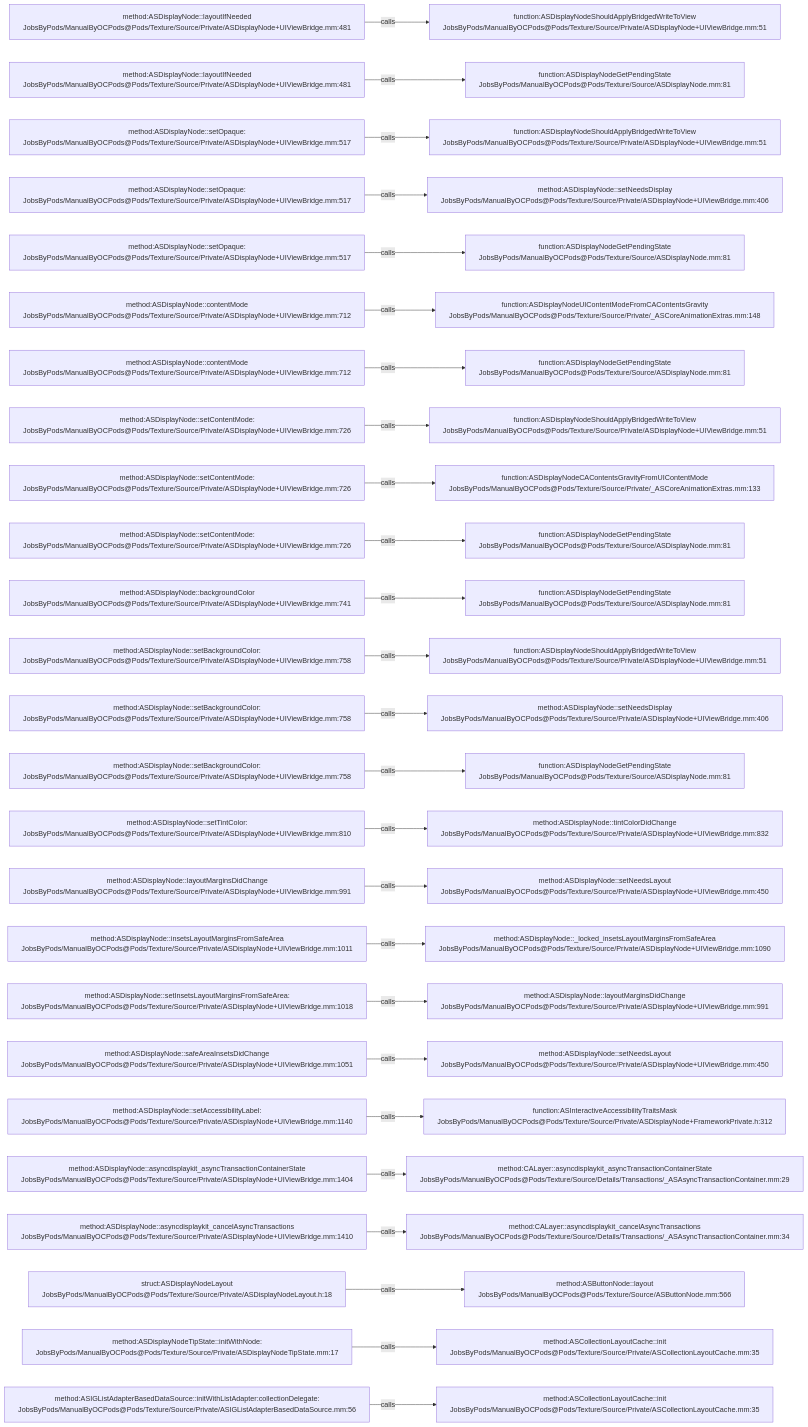
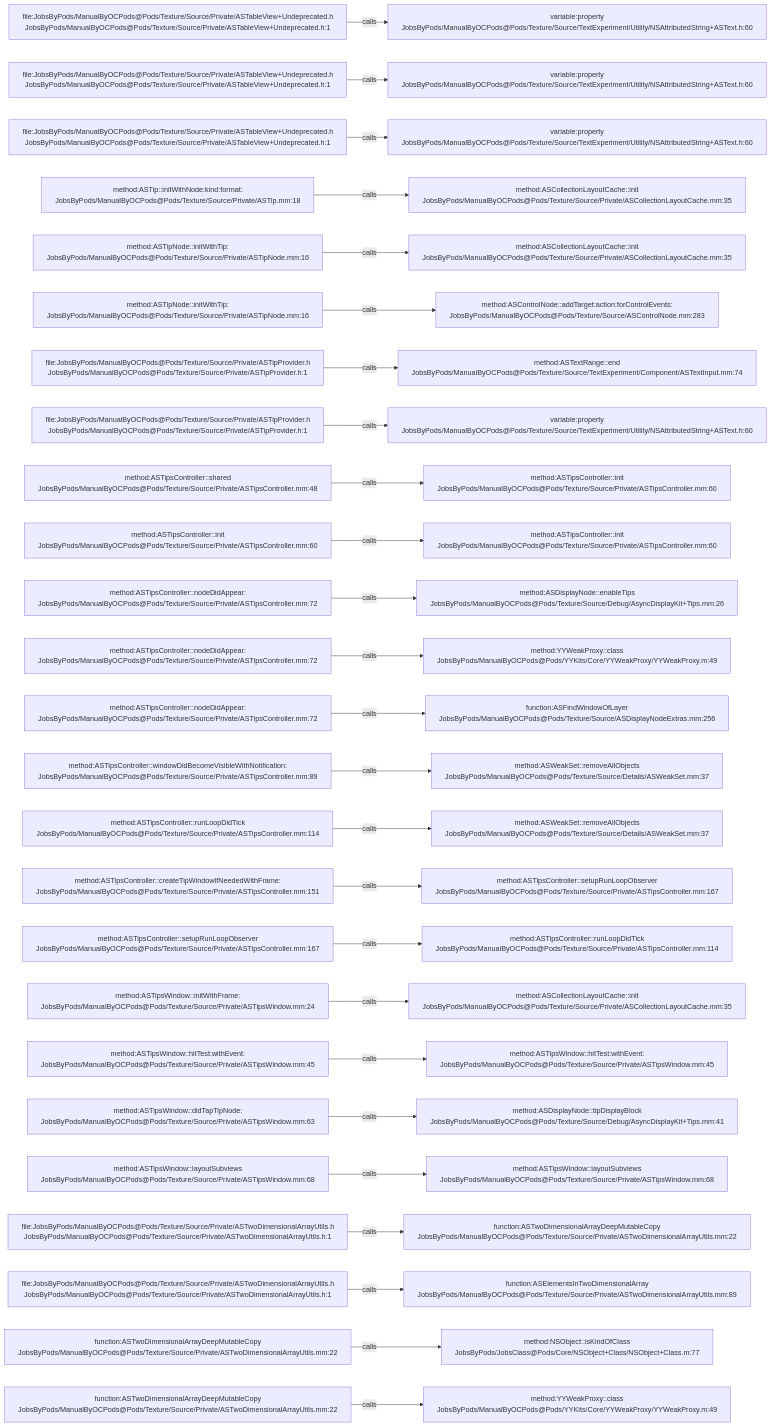
Before and after one commit to JobsKits/JobsOCBaseConfigDemo: the diagram in .codegraph/codegraph.md/graphs/calls-190.md, drawn with Mermaid. The commit also changed 1353 other files, not shown here.

````diff
--- a/.codegraph/codegraph.md/graphs/calls-190.md
+++ b/.codegraph/codegraph.md/graphs/calls-190.md
@@ -13,78 +13,78 @@
 ```mermaid
 flowchart LR
-  S1["method:ASDisplayNode::layoutIfNeeded<br/>JobsByPods/ManualByOCPods@Pods/Texture/Source/Private/ASDisplayNode+UIViewBridge.mm:481"]
-  T1["function:ASDisplayNodeShouldApplyBridgedWriteToView<br/>JobsByPods/ManualByOCPods@Pods/Texture/Source/Private/ASDisplayNode+UIViewBridge.mm:51"]
+  S1["file:JobsByPods/ManualByOCPods@Pods/Texture/Source/Private/ASTableView+Undeprecated.h<br/>JobsByPods/ManualByOCPods@Pods/Texture/Source/Private/ASTableView+Undeprecated.h:1"]
+  T1["variable:property<br/>JobsByPods/ManualByOCPods@Pods/Texture/Source/TextExperiment/Utility/NSAttributedString+ASText.h:60"]
   S1 -->|calls| T1
-  S2["method:ASDisplayNode::layoutIfNeeded<br/>JobsByPods/ManualByOCPods@Pods/Texture/Source/Private/ASDisplayNode+UIViewBridge.mm:481"]
-  T2["function:ASDisplayNodeGetPendingState<br/>JobsByPods/ManualByOCPods@Pods/Texture/Source/ASDisplayNode.mm:81"]
+  S2["file:JobsByPods/ManualByOCPods@Pods/Texture/Source/Private/ASTableView+Undeprecated.h<br/>JobsByPods/ManualByOCPods@Pods/Texture/Source/Private/ASTableView+Undeprecated.h:1"]
+  T2["variable:property<br/>JobsByPods/ManualByOCPods@Pods/Texture/Source/TextExperiment/Utility/NSAttributedString+ASText.h:60"]
   S2 -->|calls| T2
-  S3["method:ASDisplayNode::setOpaque:<br/>JobsByPods/ManualByOCPods@Pods/Texture/Source/Private/ASDisplayNode+UIViewBridge.mm:517"]
-  T3["function:ASDisplayNodeShouldApplyBridgedWriteToView<br/>JobsByPods/ManualByOCPods@Pods/Texture/Source/Private/ASDisplayNode+UIViewBridge.mm:51"]
+  S3["file:JobsByPods/ManualByOCPods@Pods/Texture/Source/Private/ASTableView+Undeprecated.h<br/>JobsByPods/ManualByOCPods@Pods/Texture/Source/Private/ASTableView+Undeprecated.h:1"]
+  T3["variable:property<br/>JobsByPods/ManualByOCPods@Pods/Texture/Source/TextExperiment/Utility/NSAttributedString+ASText.h:60"]
   S3 -->|calls| T3
-  S4["method:ASDisplayNode::setOpaque:<br/>JobsByPods/ManualByOCPods@Pods/Texture/Source/Private/ASDisplayNode+UIViewBridge.mm:517"]
-  T4["method:ASDisplayNode::setNeedsDisplay<br/>JobsByPods/ManualByOCPods@Pods/Texture/Source/Private/ASDisplayNode+UIViewBridge.mm:406"]
+  S4["method:ASTip::initWithNode:kind:format:<br/>JobsByPods/ManualByOCPods@Pods/Texture/Source/Private/ASTip.mm:18"]
+  T4["method:ASCollectionLayoutCache::init<br/>JobsByPods/ManualByOCPods@Pods/Texture/Source/Private/ASCollectionLayoutCache.mm:35"]
   S4 -->|calls| T4
-  S5["method:ASDisplayNode::setOpaque:<br/>JobsByPods/ManualByOCPods@Pods/Texture/Source/Private/ASDisplayNode+UIViewBridge.mm:517"]
-  T5["function:ASDisplayNodeGetPendingState<br/>JobsByPods/ManualByOCPods@Pods/Texture/Source/ASDisplayNode.mm:81"]
+  S5["method:ASTipNode::initWithTip:<br/>JobsByPods/ManualByOCPods@Pods/Texture/Source/Private/ASTipNode.mm:16"]
+  T5["method:ASCollectionLayoutCache::init<br/>JobsByPods/ManualByOCPods@Pods/Texture/Source/Private/ASCollectionLayoutCache.mm:35"]
   S5 -->|calls| T5
-  S6["method:ASDisplayNode::contentMode<br/>JobsByPods/ManualByOCPods@Pods/Texture/Source/Private/ASDisplayNode+UIViewBridge.mm:712"]
-  T6["function:ASDisplayNodeUIContentModeFromCAContentsGravity<br/>JobsByPods/ManualByOCPods@Pods/Texture/Source/Private/_ASCoreAnimationExtras.mm:148"]
+  S6["method:ASTipNode::initWithTip:<br/>JobsByPods/ManualByOCPods@Pods/Texture/Source/Private/ASTipNode.mm:16"]
+  T6["method:ASControlNode::addTarget:action:forControlEvents:<br/>JobsByPods/ManualByOCPods@Pods/Texture/Source/ASControlNode.mm:283"]
   S6 -->|calls| T6
-  S7["method:ASDisplayNode::contentMode<br/>JobsByPods/ManualByOCPods@Pods/Texture/Source/Private/ASDisplayNode+UIViewBridge.mm:712"]
-  T7["function:ASDisplayNodeGetPendingState<br/>JobsByPods/ManualByOCPods@Pods/Texture/Source/ASDisplayNode.mm:81"]
+  S7["file:JobsByPods/ManualByOCPods@Pods/Texture/Source/Private/ASTipProvider.h<br/>JobsByPods/ManualByOCPods@Pods/Texture/Source/Private/ASTipProvider.h:1"]
+  T7["method:ASTextRange::end<br/>JobsByPods/ManualByOCPods@Pods/Texture/Source/TextExperiment/Component/ASTextInput.mm:74"]
   S7 -->|calls| T7
-  S8["method:ASDisplayNode::setContentMode:<br/>JobsByPods/ManualByOCPods@Pods/Texture/Source/Private/ASDisplayNode+UIViewBridge.mm:726"]
-  T8["function:ASDisplayNodeShouldApplyBridgedWriteToView<br/>JobsByPods/ManualByOCPods@Pods/Texture/Source/Private/ASDisplayNode+UIViewBridge.mm:51"]
+  S8["file:JobsByPods/ManualByOCPods@Pods/Texture/Source/Private/ASTipProvider.h<br/>JobsByPods/ManualByOCPods@Pods/Texture/Source/Private/ASTipProvider.h:1"]
+  T8["variable:property<br/>JobsByPods/ManualByOCPods@Pods/Texture/Source/TextExperiment/Utility/NSAttributedString+ASText.h:60"]
   S8 -->|calls| T8
-  S9["method:ASDisplayNode::setContentMode:<br/>JobsByPods/ManualByOCPods@Pods/Texture/Source/Private/ASDisplayNode+UIViewBridge.mm:726"]
-  T9["function:ASDisplayNodeCAContentsGravityFromUIContentMode<br/>JobsByPods/ManualByOCPods@Pods/Texture/Source/Private/_ASCoreAnimationExtras.mm:133"]
+  S9["method:ASTipsController::shared<br/>JobsByPods/ManualByOCPods@Pods/Texture/Source/Private/ASTipsController.mm:48"]
+  T9["method:ASTipsController::init<br/>JobsByPods/ManualByOCPods@Pods/Texture/Source/Private/ASTipsController.mm:60"]
   S9 -->|calls| T9
-  S10["method:ASDisplayNode::setContentMode:<br/>JobsByPods/ManualByOCPods@Pods/Texture/Source/Private/ASDisplayNode+UIViewBridge.mm:726"]
-  T10["function:ASDisplayNodeGetPendingState<br/>JobsByPods/ManualByOCPods@Pods/Texture/Source/ASDisplayNode.mm:81"]
+  S10["method:ASTipsController::init<br/>JobsByPods/ManualByOCPods@Pods/Texture/Source/Private/ASTipsController.mm:60"]
+  T10["method:ASTipsController::init<br/>JobsByPods/ManualByOCPods@Pods/Texture/Source/Private/ASTipsController.mm:60"]
   S10 -->|calls| T10
-  S11["method:ASDisplayNode::backgroundColor<br/>JobsByPods/ManualByOCPods@Pods/Texture/Source/Private/ASDisplayNode+UIViewBridge.mm:741"]
-  T11["function:ASDisplayNodeGetPendingState<br/>JobsByPods/ManualByOCPods@Pods/Texture/Source/ASDisplayNode.mm:81"]
+  S11["method:ASTipsController::nodeDidAppear:<br/>JobsByPods/ManualByOCPods@Pods/Texture/Source/Private/ASTipsController.mm:72"]
+  T11["method:ASDisplayNode::enableTips<br/>JobsByPods/ManualByOCPods@Pods/Texture/Source/Debug/AsyncDisplayKit+Tips.mm:26"]
   S11 -->|calls| T11
-  S12["method:ASDisplayNode::setBackgroundColor:<br/>JobsByPods/ManualByOCPods@Pods/Texture/Source/Private/ASDisplayNode+UIViewBridge.mm:758"]
-  T12["function:ASDisplayNodeShouldApplyBridgedWriteToView<br/>JobsByPods/ManualByOCPods@Pods/Texture/Source/Private/ASDisplayNode+UIViewBridge.mm:51"]
+  S12["method:ASTipsController::nodeDidAppear:<br/>JobsByPods/ManualByOCPods@Pods/Texture/Source/Private/ASTipsController.mm:72"]
+  T12["method:YYWeakProxy::class<br/>JobsByPods/ManualByOCPods@Pods/YYKits/Core/YYWeakProxy/YYWeakProxy.m:49"]
   S12 -->|calls| T12
-  S13["method:ASDisplayNode::setBackgroundColor:<br/>JobsByPods/ManualByOCPods@Pods/Texture/Source/Private/ASDisplayNode+UIViewBridge.mm:758"]
-  T13["method:ASDisplayNode::setNeedsDisplay<br/>JobsByPods/ManualByOCPods@Pods/Texture/Source/Private/ASDisplayNode+UIViewBridge.mm:406"]
+  S13["method:ASTipsController::nodeDidAppear:<br/>JobsByPods/ManualByOCPods@Pods/Texture/Source/Private/ASTipsController.mm:72"]
+  T13["function:ASFindWindowOfLayer<br/>JobsByPods/ManualByOCPods@Pods/Texture/Source/ASDisplayNodeExtras.mm:256"]
   S13 -->|calls| T13
-  S14["method:ASDisplayNode::setBackgroundColor:<br/>JobsByPods/ManualByOCPods@Pods/Texture/Source/Private/ASDisplayNode+UIViewBridge.mm:758"]
-  T14["function:ASDisplayNodeGetPendingState<br/>JobsByPods/ManualByOCPods@Pods/Texture/Source/ASDisplayNode.mm:81"]
+  S14["method:ASTipsController::windowDidBecomeVisibleWithNotification:<br/>JobsByPods/ManualByOCPods@Pods/Texture/Source/Private/ASTipsController.mm:89"]
+  T14["method:ASWeakSet::removeAllObjects<br/>JobsByPods/ManualByOCPods@Pods/Texture/Source/Details/ASWeakSet.mm:37"]
   S14 -->|calls| T14
-  S15["method:ASDisplayNode::setTintColor:<br/>JobsByPods/ManualByOCPods@Pods/Texture/Source/Private/ASDisplayNode+UIViewBridge.mm:810"]
-  T15["method:ASDisplayNode::tintColorDidChange<br/>JobsByPods/ManualByOCPods@Pods/Texture/Source/Private/ASDisplayNode+UIViewBridge.mm:832"]
+  S15["method:ASTipsController::runLoopDidTick<br/>JobsByPods/ManualByOCPods@Pods/Texture/Source/Private/ASTipsController.mm:114"]
+  T15["method:ASWeakSet::removeAllObjects<br/>JobsByPods/ManualByOCPods@Pods/Texture/Source/Details/ASWeakSet.mm:37"]
   S15 -->|calls| T15
-  S16["method:ASDisplayNode::layoutMarginsDidChange<br/>JobsByPods/ManualByOCPods@Pods/Texture/Source/Private/ASDisplayNode+UIViewBridge.mm:991"]
-  T16["method:ASDisplayNode::setNeedsLayout<br/>JobsByPods/ManualByOCPods@Pods/Texture/Source/Private/ASDisplayNode+UIViewBridge.mm:450"]
+  S16["method:ASTipsController::createTipWindowIfNeededWithFrame:<br/>JobsByPods/ManualByOCPods@Pods/Texture/Source/Private/ASTipsController.mm:151"]
+  T16["method:ASTipsController::setupRunLoopObserver<br/>JobsByPods/ManualByOCPods@Pods/Texture/Source/Private/ASTipsController.mm:167"]
   S16 -->|calls| T16
-  S17["method:ASDisplayNode::insetsLayoutMarginsFromSafeArea<br/>JobsByPods/ManualByOCPods@Pods/Texture/Source/Private/ASDisplayNode+UIViewBridge.mm:1011"]
-  T17["method:ASDisplayNode::_locked_insetsLayoutMarginsFromSafeArea<br/>JobsByPods/ManualByOCPods@Pods/Texture/Source/Private/ASDisplayNode+UIViewBridge.mm:1090"]
+  S17["method:ASTipsController::setupRunLoopObserver<br/>JobsByPods/ManualByOCPods@Pods/Texture/Source/Private/ASTipsController.mm:167"]
+  T17["method:ASTipsController::runLoopDidTick<br/>JobsByPods/ManualByOCPods@Pods/Texture/Source/Private/ASTipsController.mm:114"]
   S17 -->|calls| T17
-  S18["method:ASDisplayNode::setInsetsLayoutMarginsFromSafeArea:<br/>JobsByPods/ManualByOCPods@Pods/Texture/Source/Private/ASDisplayNode+UIViewBridge.mm:1018"]
-  T18["method:ASDisplayNode::layoutMarginsDidChange<br/>JobsByPods/ManualByOCPods@Pods/Texture/Source/Private/ASDisplayNode+UIViewBridge.mm:991"]
+  S18["method:ASTipsWindow::initWithFrame:<br/>JobsByPods/ManualByOCPods@Pods/Texture/Source/Private/ASTipsWindow.mm:24"]
+  T18["method:ASCollectionLayoutCache::init<br/>JobsByPods/ManualByOCPods@Pods/Texture/Source/Private/ASCollectionLayoutCache.mm:35"]
   S18 -->|calls| T18
-  S19["method:ASDisplayNode::safeAreaInsetsDidChange<br/>JobsByPods/ManualByOCPods@Pods/Texture/Source/Private/ASDisplayNode+UIViewBridge.mm:1051"]
-  T19["method:ASDisplayNode::setNeedsLayout<br/>JobsByPods/ManualByOCPods@Pods/Texture/Source/Private/ASDisplayNode+UIViewBridge.mm:450"]
+  S19["method:ASTipsWindow::hitTest:withEvent:<br/>JobsByPods/ManualByOCPods@Pods/Texture/Source/Private/ASTipsWindow.mm:45"]
+  T19["method:ASTipsWindow::hitTest:withEvent:<br/>JobsByPods/ManualByOCPods@Pods/Texture/Source/Private/ASTipsWindow.mm:45"]
   S19 -->|calls| T19
-  S20["method:ASDisplayNode::setAccessibilityLabel:<br/>JobsByPods/ManualByOCPods@Pods/Texture/Source/Private/ASDisplayNode+UIViewBridge.mm:1140"]
-  T20["function:ASInteractiveAccessibilityTraitsMask<br/>JobsByPods/ManualByOCPods@Pods/Texture/Source/Private/ASDisplayNode+FrameworkPrivate.h:312"]
+  S20["method:ASTipsWindow::didTapTipNode:<br/>JobsByPods/ManualByOCPods@Pods/Texture/Source/Private/ASTipsWindow.mm:63"]
+  T20["method:ASDisplayNode::tipDisplayBlock<br/>JobsByPods/ManualByOCPods@Pods/Texture/Source/Debug/AsyncDisplayKit+Tips.mm:41"]
   S20 -->|calls| T20
-  S21["method:ASDisplayNode::asyncdisplaykit_asyncTransactionContainerState<br/>JobsByPods/ManualByOCPods@Pods/Texture/Source/Private/ASDisplayNode+UIViewBridge.mm:1404"]
-  T21["method:CALayer::asyncdisplaykit_asyncTransactionContainerState<br/>JobsByPods/ManualByOCPods@Pods/Texture/Source/Details/Transactions/_ASAsyncTransactionContainer.mm:29"]
+  S21["method:ASTipsWindow::layoutSubviews<br/>JobsByPods/ManualByOCPods@Pods/Texture/Source/Private/ASTipsWindow.mm:68"]
+  T21["method:ASTipsWindow::layoutSubviews<br/>JobsByPods/ManualByOCPods@Pods/Texture/Source/Private/ASTipsWindow.mm:68"]
   S21 -->|calls| T21
-  S22["method:ASDisplayNode::asyncdisplaykit_cancelAsyncTransactions<br/>JobsByPods/ManualByOCPods@Pods/Texture/Source/Private/ASDisplayNode+UIViewBridge.mm:1410"]
-  T22["method:CALayer::asyncdisplaykit_cancelAsyncTransactions<br/>JobsByPods/ManualByOCPods@Pods/Texture/Source/Details/Transactions/_ASAsyncTransactionContainer.mm:34"]
+  S22["file:JobsByPods/ManualByOCPods@Pods/Texture/Source/Private/ASTwoDimensionalArrayUtils.h<br/>JobsByPods/ManualByOCPods@Pods/Texture/Source/Private/ASTwoDimensionalArrayUtils.h:1"]
+  T22["function:ASTwoDimensionalArrayDeepMutableCopy<br/>JobsByPods/ManualByOCPods@Pods/Texture/Source/Private/ASTwoDimensionalArrayUtils.mm:22"]
   S22 -->|calls| T22
-  S23["struct:ASDisplayNodeLayout<br/>JobsByPods/ManualByOCPods@Pods/Texture/Source/Private/ASDisplayNodeLayout.h:18"]
-  T23["method:ASButtonNode::layout<br/>JobsByPods/ManualByOCPods@Pods/Texture/Source/ASButtonNode.mm:566"]
+  S23["file:JobsByPods/ManualByOCPods@Pods/Texture/Source/Private/ASTwoDimensionalArrayUtils.h<br/>JobsByPods/ManualByOCPods@Pods/Texture/Source/Private/ASTwoDimensionalArrayUtils.h:1"]
+  T23["function:ASElementsInTwoDimensionalArray<br/>JobsByPods/ManualByOCPods@Pods/Texture/Source/Private/ASTwoDimensionalArrayUtils.mm:89"]
   S23 -->|calls| T23
-  S24["method:ASDisplayNodeTipState::initWithNode:<br/>JobsByPods/ManualByOCPods@Pods/Texture/Source/Private/ASDisplayNodeTipState.mm:17"]
-  T24["method:ASCollectionLayoutCache::init<br/>JobsByPods/ManualByOCPods@Pods/Texture/Source/Private/ASCollectionLayoutCache.mm:35"]
+  S24["function:ASTwoDimensionalArrayDeepMutableCopy<br/>JobsByPods/ManualByOCPods@Pods/Texture/Source/Private/ASTwoDimensionalArrayUtils.mm:22"]
+  T24["method:NSObject::isKindOfClass<br/>JobsByPods/JobsClass@Pods/Core/NSObject+Class/NSObject+Class.m:77"]
   S24 -->|calls| T24
-  S25["method:ASIGListAdapterBasedDataSource::initWithListAdapter:collectionDelegate:<br/>JobsByPods/ManualByOCPods@Pods/Texture/Source/Private/ASIGListAdapterBasedDataSource.mm:56"]
-  T25["method:ASCollectionLayoutCache::init<br/>JobsByPods/ManualByOCPods@Pods/Texture/Source/Private/ASCollectionLayoutCache.mm:35"]
+  S25["function:ASTwoDimensionalArrayDeepMutableCopy<br/>JobsByPods/ManualByOCPods@Pods/Texture/Source/Private/ASTwoDimensionalArrayUtils.mm:22"]
+  T25["method:YYWeakProxy::class<br/>JobsByPods/ManualByOCPods@Pods/YYKits/Core/YYWeakProxy/YYWeakProxy.m:49"]
   S25 -->|calls| T25
 ```
````
